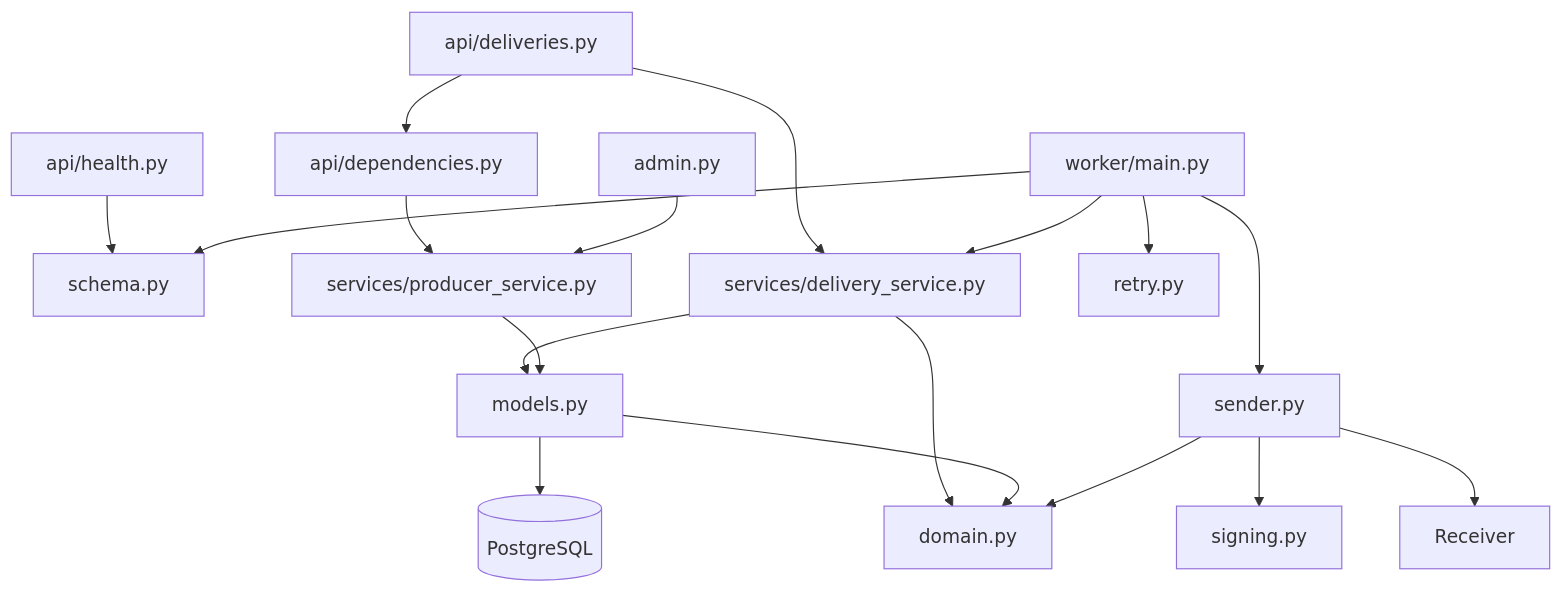
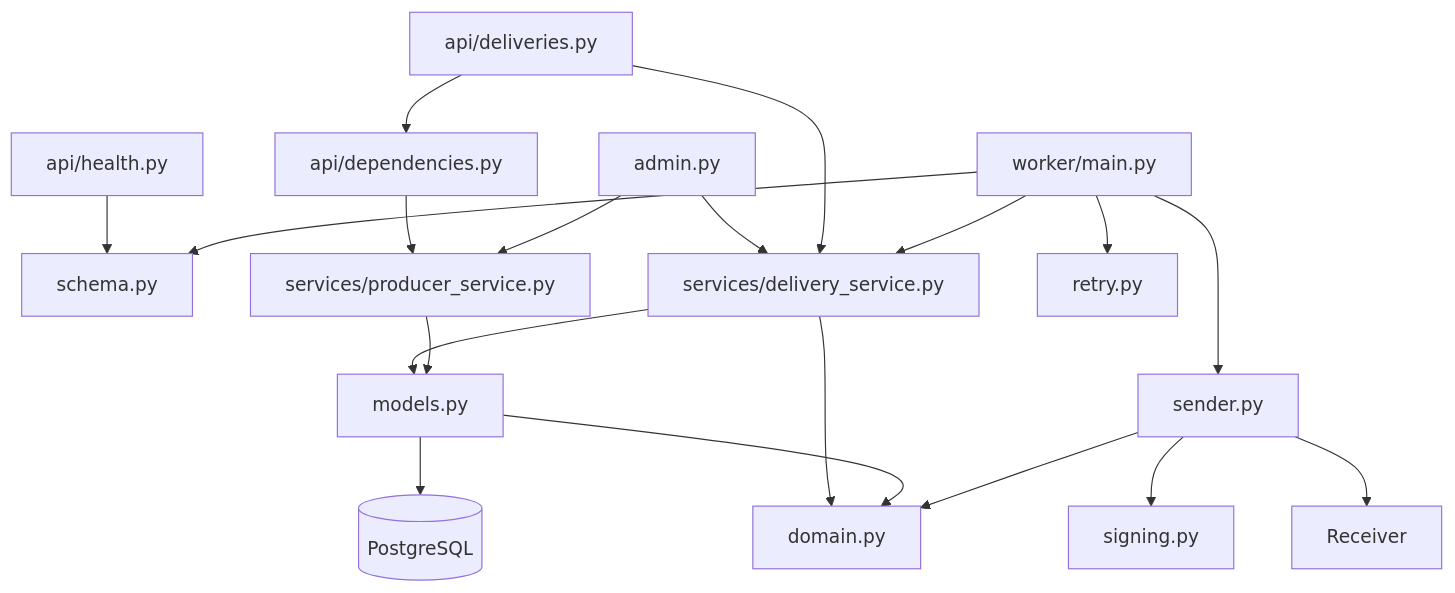
The second of 9 diagrams in ARCHITECTURE.md (DucAnhLe1992/webhook-delivery-service), drawn with Mermaid before and after one commit. The commit also changed other lines of this file and 33 other files, not shown here.

````diff
--- a/ARCHITECTURE.md
+++ b/ARCHITECTURE.md
@@ -81,20 +90,21 @@
 ```mermaid
 flowchart TD
     API[api/deliveries.py] --> DEP[api/dependencies.py]
     HLT[api/health.py] --> SCH[schema.py]
     WRK[worker/main.py] --> SCH
     DEP --> PRD[services/producer_service.py]
     ADM[admin.py] --> PRD
+    ADM --> SVC
     API --> SVC[services/delivery_service.py]
     WRK[worker/main.py] --> SVC
     WRK --> SND[sender.py]
     WRK --> RTY[retry.py]
     SND --> SIG[signing.py]
     SVC --> MOD[models.py]
     PRD --> MOD
     MOD --> DB[(PostgreSQL)]
     SND --> RCV[Receiver]
     SVC --> DOM[domain.py]
     MOD --> DOM
     SND --> DOM
 ```
````
